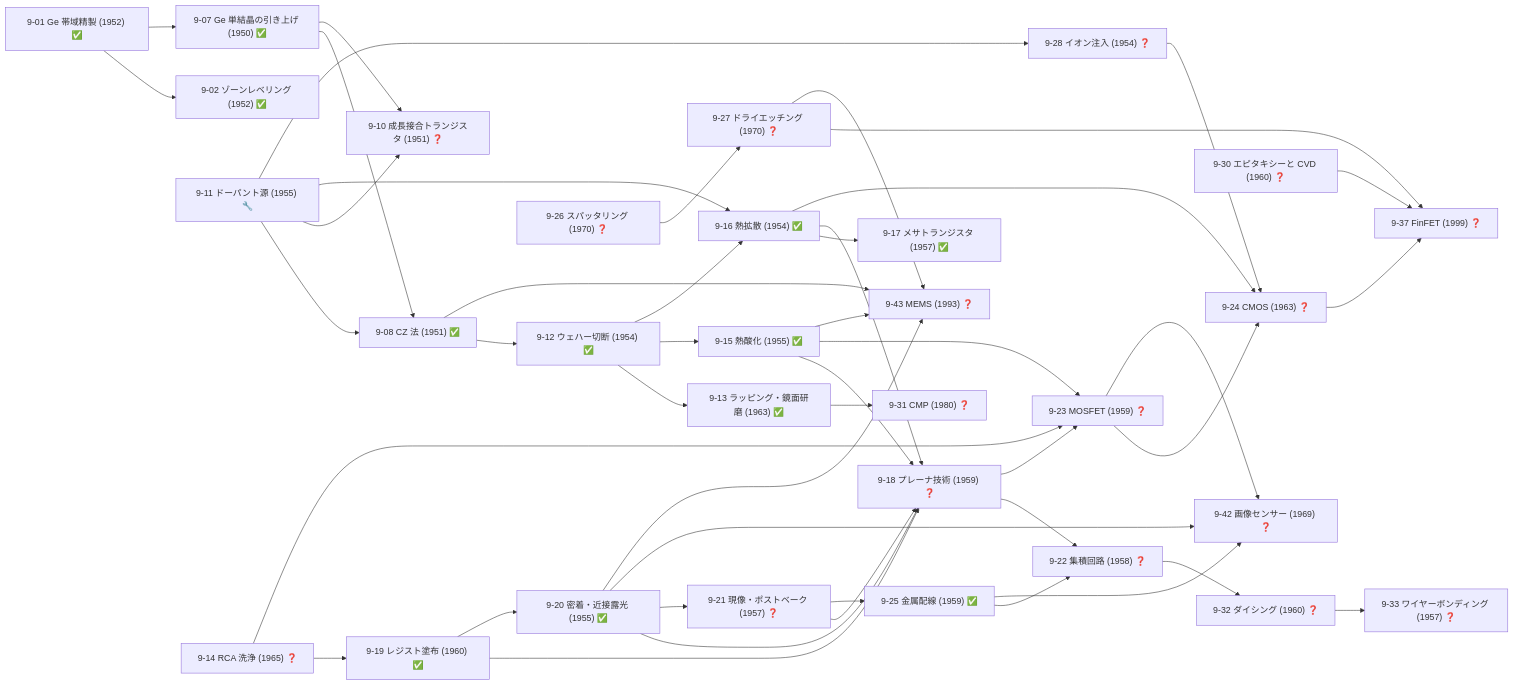
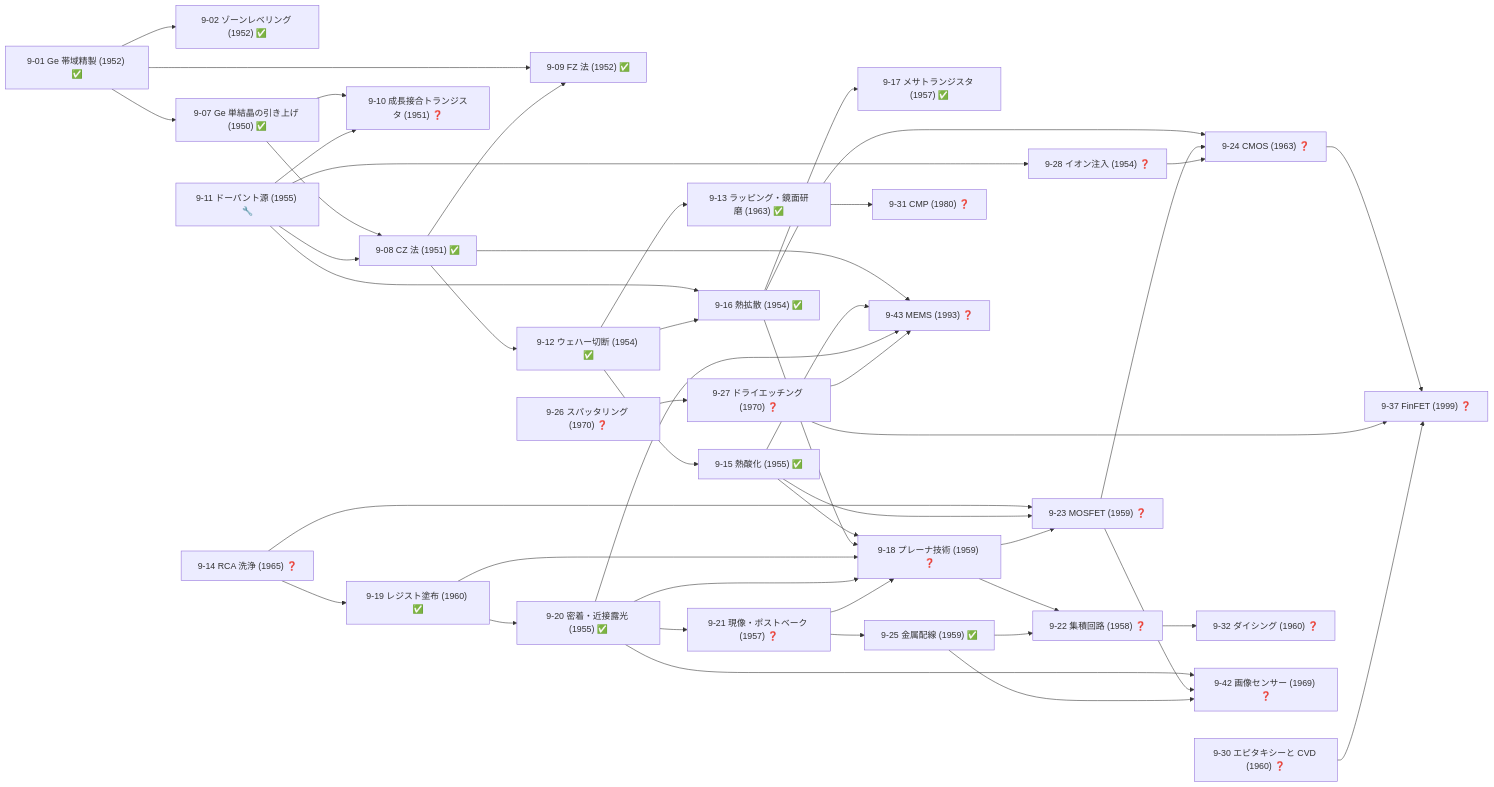
Diagram 12 of 19 in docs/TECH_TREE_VIEW.md (taku3i0317-collab/semiconductor-lab), drawn with Mermaid before and after one commit. The commit also changed other lines of this file and 7 other files, not shown here.

````diff
--- a/docs/TECH_TREE_VIEW.md
+++ b/docs/TECH_TREE_VIEW.md
@@ -672,77 +672,78 @@
 ```mermaid
 graph LR
   n9_01["9-01 Ge 帯域精製 (1952) ✅"]
   n9_02["9-02 ゾーンレベリング (1952) ✅"]
   n9_07["9-07 Ge 単結晶の引き上げ (1950) ✅"]
   n9_08["9-08 CZ 法 (1951) ✅"]
+  n9_09["9-09 FZ 法 (1952) ✅"]
   n9_10["9-10 成長接合トランジスタ (1951) ❓"]
   n9_11["9-11 ドーパント源 (1955) 🔧"]
   n9_12["9-12 ウェハー切断 (1954) ✅"]
   n9_13["9-13 ラッピング・鏡面研磨 (1963) ✅"]
   n9_14["9-14 RCA 洗浄 (1965) ❓"]
   n9_15["9-15 熱酸化 (1955) ✅"]
   n9_16["9-16 熱拡散 (1954) ✅"]
   n9_17["9-17 メサトランジスタ (1957) ✅"]
   n9_18["9-18 プレーナ技術 (1959) ❓"]
   n9_19["9-19 レジスト塗布 (1960) ✅"]
   n9_20["9-20 密着・近接露光 (1955) ✅"]
   n9_21["9-21 現像・ポストベーク (1957) ❓"]
   n9_22["9-22 集積回路 (1958) ❓"]
   n9_23["9-23 MOSFET (1959) ❓"]
   n9_24["9-24 CMOS (1963) ❓"]
   n9_25["9-25 金属配線 (1959) ✅"]
   n9_26["9-26 スパッタリング (1970) ❓"]
   n9_27["9-27 ドライエッチング (1970) ❓"]
   n9_28["9-28 イオン注入 (1954) ❓"]
   n9_30["9-30 エピタキシーと CVD (1960) ❓"]
   n9_31["9-31 CMP (1980) ❓"]
   n9_32["9-32 ダイシング (1960) ❓"]
-  n9_33["9-33 ワイヤーボンディング (1957) ❓"]
   n9_37["9-37 FinFET (1999) ❓"]
   n9_42["9-42 画像センサー (1969) ❓"]
   n9_43["9-43 MEMS (1993) ❓"]
   n9_01-->n9_02
   n9_01-->n9_07
   n9_07-->n9_08
   n9_11-->n9_08
+  n9_01-->n9_09
+  n9_08-->n9_09
   n9_07-->n9_10
   n9_11-->n9_10
   n9_08-->n9_12
   n9_12-->n9_13
   n9_12-->n9_15
   n9_11-->n9_16
   n9_12-->n9_16
   n9_16-->n9_17
   n9_15-->n9_18
   n9_16-->n9_18
   n9_19-->n9_18
   n9_20-->n9_18
   n9_21-->n9_18
   n9_14-->n9_19
   n9_19-->n9_20
   n9_20-->n9_21
   n9_18-->n9_22
   n9_25-->n9_22
   n9_14-->n9_23
   n9_15-->n9_23
   n9_18-->n9_23
   n9_16-->n9_24
   n9_23-->n9_24
   n9_28-->n9_24
   n9_21-->n9_25
   n9_26-->n9_27
   n9_11-->n9_28
   n9_13-->n9_31
   n9_22-->n9_32
-  n9_32-->n9_33
   n9_24-->n9_37
   n9_27-->n9_37
   n9_30-->n9_37
   n9_20-->n9_42
   n9_23-->n9_42
   n9_25-->n9_42
   n9_08-->n9_43
   n9_15-->n9_43
   n9_20-->n9_43
   n9_27-->n9_43
 ```
````
